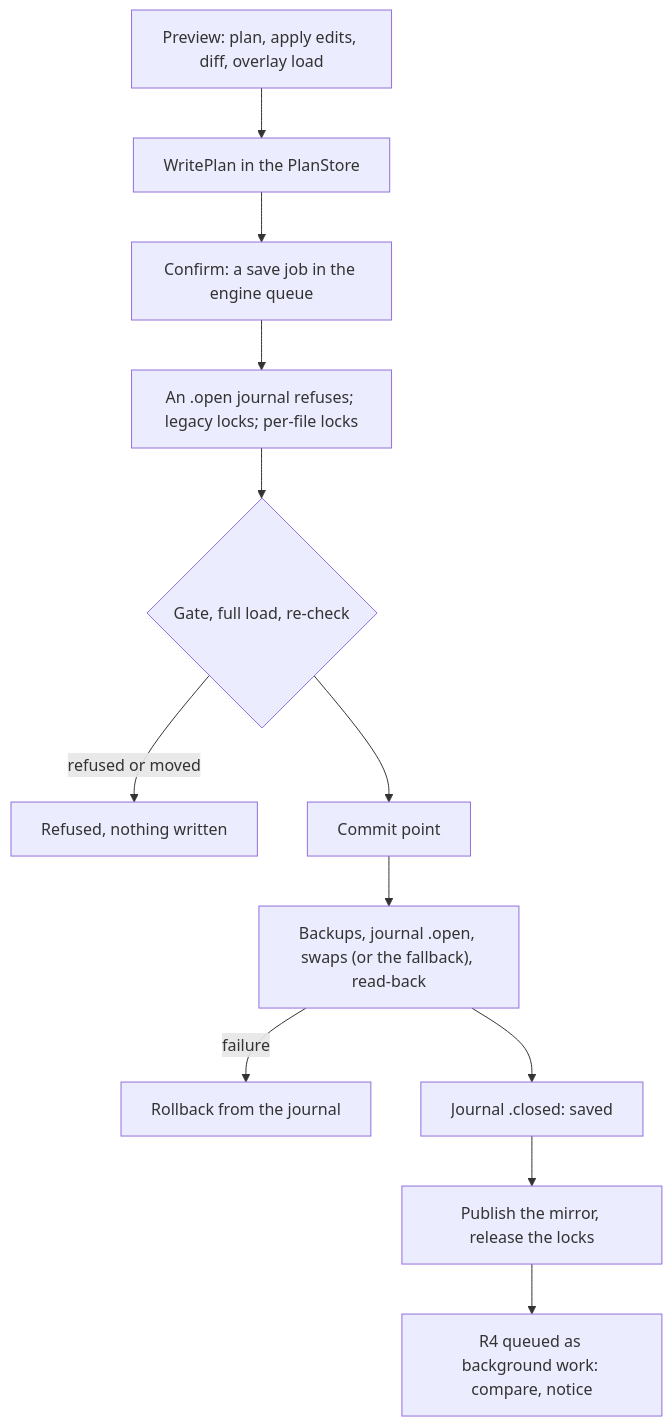
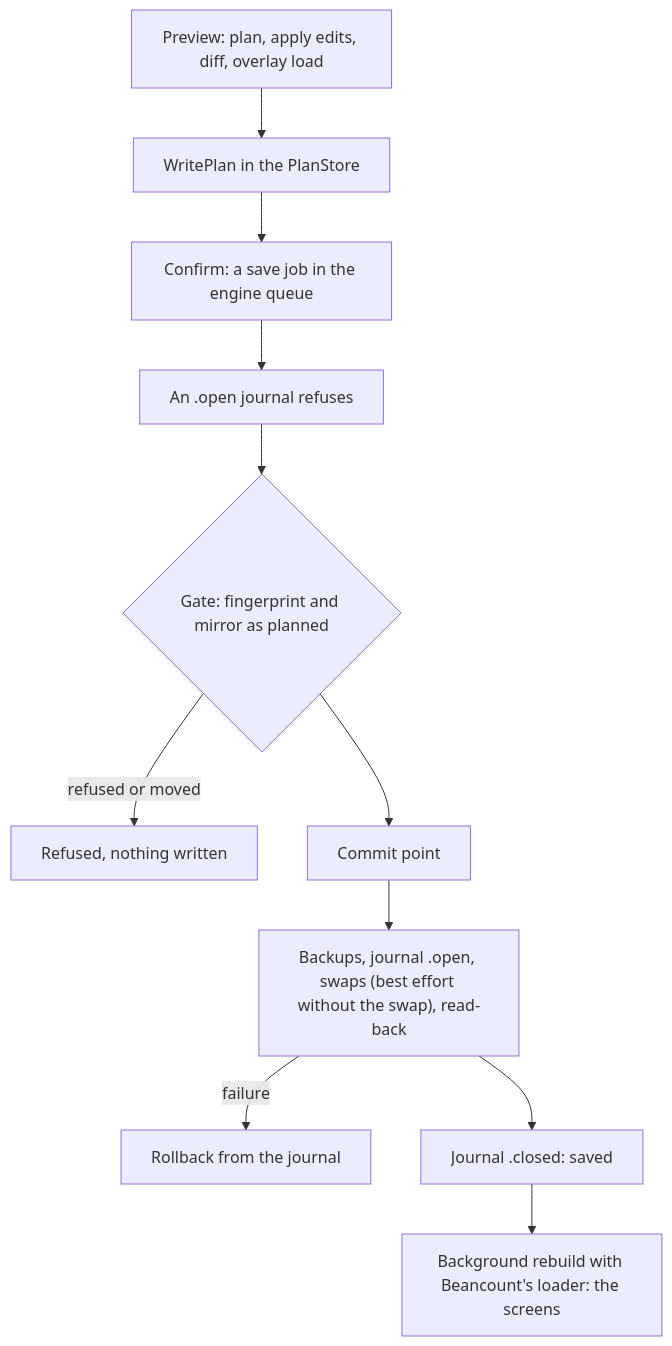
One commit to sagarbehere/finzytrack changed the third of 3 diagrams in design/ARCHITECTURE.md. Above: the diagram before and after it, drawn with Mermaid. The commit also changed other lines of this file and 22 other files, not shown here.

````diff
--- a/design/ARCHITECTURE.md
+++ b/design/ARCHITECTURE.md
@@ -788,14 +789,13 @@
 ```mermaid
 flowchart TB
   preview["Preview: plan, apply edits, diff, overlay load"] --> plan["WritePlan in the PlanStore"]
   plan --> confirm["Confirm: a save job in the engine queue"]
-  confirm --> pre["An .open journal refuses; legacy locks; per-file locks"]
-  pre --> gate{"Gate, full load, re-check"}
+  confirm --> pre["An .open journal refuses"]
+  pre --> gate{"Gate: fingerprint and mirror as planned"}
   gate -- "refused or moved" --> refused["Refused, nothing written"]
   gate --> commit["Commit point"]
-  commit --> durable["Backups, journal .open, swaps (or the fallback), read-back"]
+  commit --> durable["Backups, journal .open, swaps (best effort without the swap), read-back"]
   durable -- "failure" --> rollback["Rollback from the journal"]
   durable --> closed["Journal .closed: saved"]
-  closed --> publish["Publish the mirror, release the locks"]
-  publish --> r4["R4 queued as background work: compare, notice"]
+  closed --> rebuild["Background rebuild with Beancount's loader: the screens"]
 ```
````
